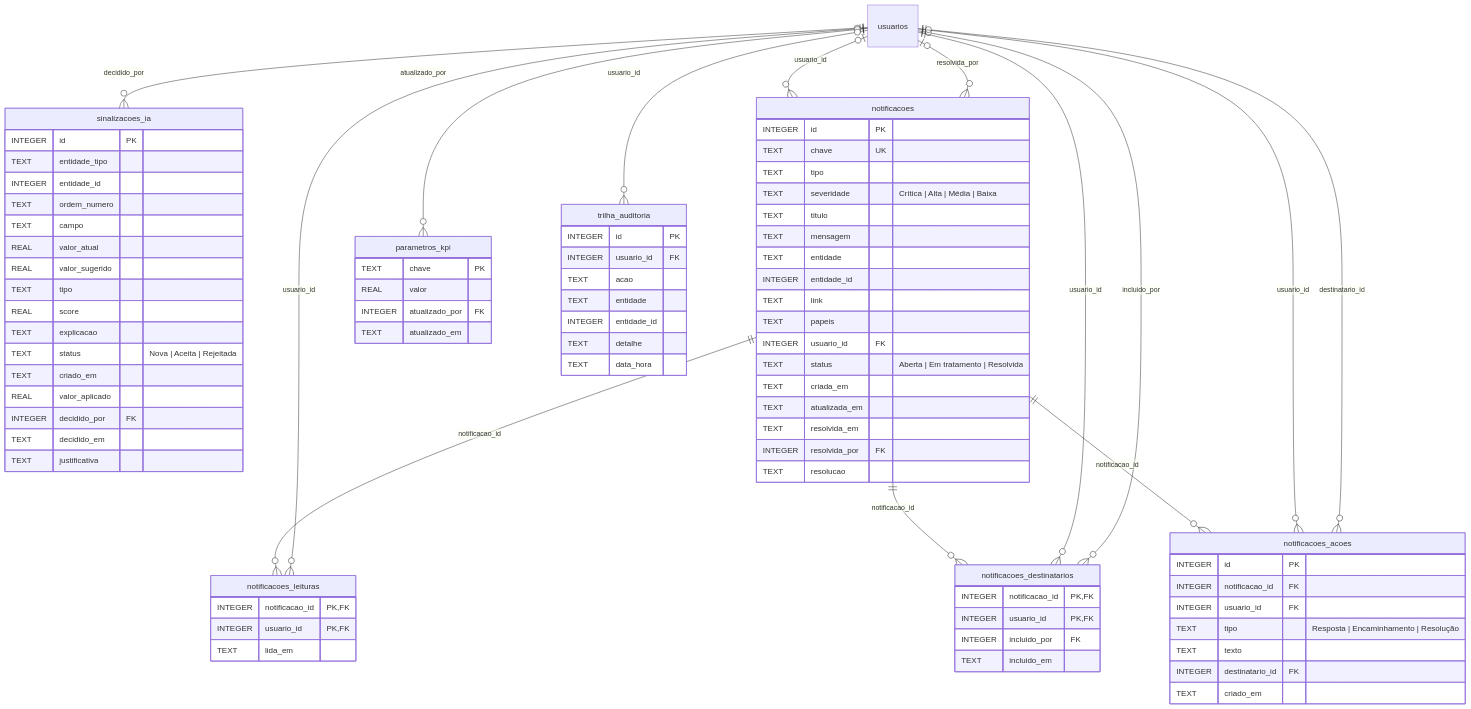
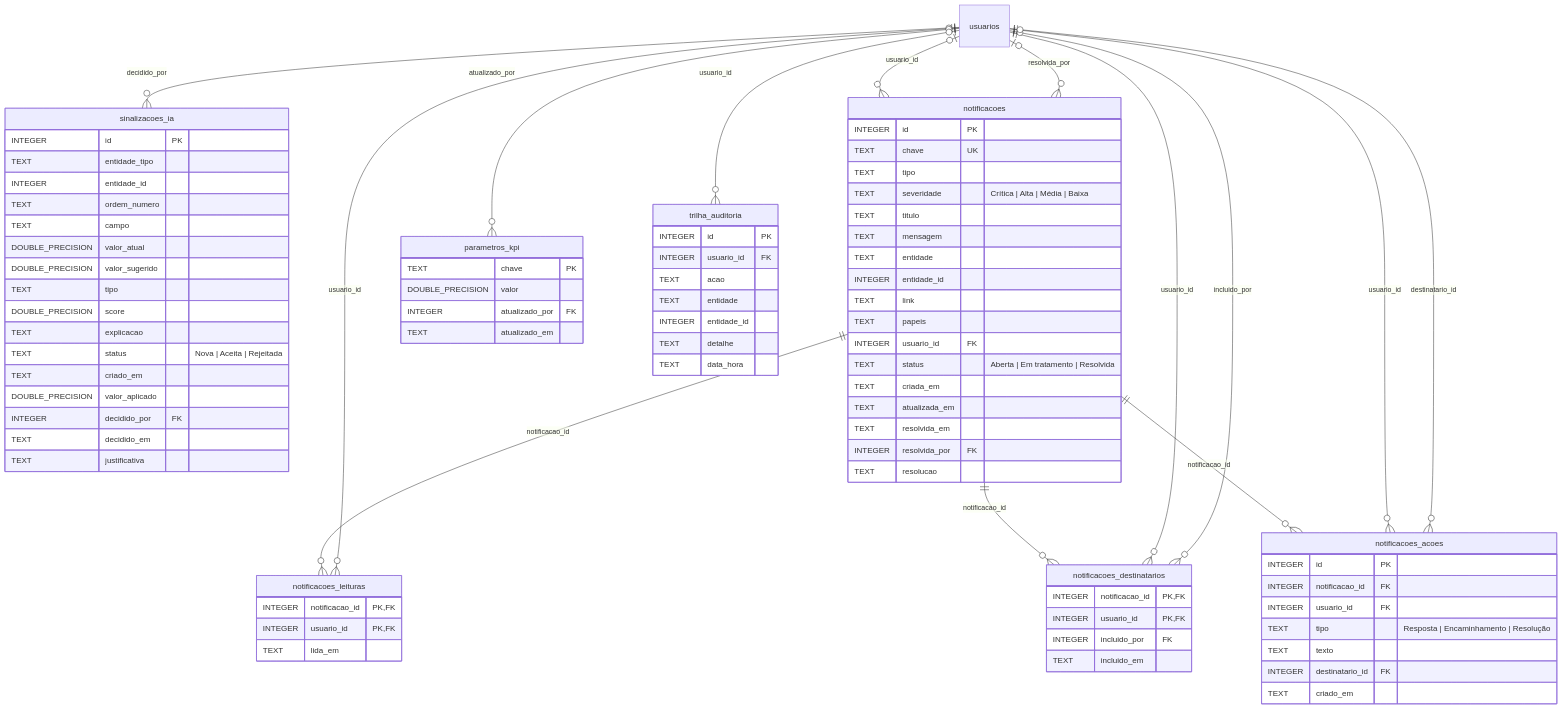
Before and after one commit to stephanyserri-senai/sigma-ccm-v3: the seventh of 8 diagrams in docs/banco-de-dados.md, drawn with Mermaid. The commit also changed other lines of this file and 105 other files, not shown here.

````diff
--- a/docs/banco-de-dados.md
+++ b/docs/banco-de-dados.md
@@ -989,14 +993,14 @@
     INTEGER entidade_id
     TEXT ordem_numero
     TEXT campo
-    REAL valor_atual
-    REAL valor_sugerido
+    DOUBLE_PRECISION valor_atual
+    DOUBLE_PRECISION valor_sugerido
     TEXT tipo
-    REAL score
+    DOUBLE_PRECISION score
     TEXT explicacao
     TEXT status "Nova | Aceita | Rejeitada"
     TEXT criado_em
-    REAL valor_aplicado
+    DOUBLE_PRECISION valor_aplicado
     INTEGER decidido_por FK
     TEXT decidido_em
     TEXT justificativa
@@ -1042,7 +1046,7 @@
   }
   parametros_kpi {
     TEXT chave PK
-    REAL valor
+    DOUBLE_PRECISION valor
     INTEGER atualizado_por FK
     TEXT atualizado_em
   }
@@ -1056,16 +1060,16 @@
     TEXT data_hora
   }
   usuarios o|--o{ sinalizacoes_ia : "decidido_por"
+  usuarios o|--o{ notificacoes : "usuario_id"
   usuarios o|--o{ notificacoes : "resolvida_por"
-  usuarios o|--o{ notificacoes : "usuario_id"
+  notificacoes ||--o{ notificacoes_leituras : "notificacao_id"
   usuarios ||--o{ notificacoes_leituras : "usuario_id"
-  notificacoes ||--o{ notificacoes_leituras : "notificacao_id"
+  notificacoes ||--o{ notificacoes_destinatarios : "notificacao_id"
+  usuarios ||--o{ notificacoes_destinatarios : "usuario_id"
   usuarios o|--o{ notificacoes_destinatarios : "incluido_por"
-  usuarios ||--o{ notificacoes_destinatarios : "usuario_id"
-  notificacoes ||--o{ notificacoes_destinatarios : "notificacao_id"
+  notificacoes ||--o{ notificacoes_acoes : "notificacao_id"
+  usuarios ||--o{ notificacoes_acoes : "usuario_id"
   usuarios o|--o{ notificacoes_acoes : "destinatario_id"
-  usuarios ||--o{ notificacoes_acoes : "usuario_id"
-  notificacoes ||--o{ notificacoes_acoes : "notificacao_id"
   usuarios o|--o{ parametros_kpi : "atualizado_por"
   usuarios o|--o{ trilha_auditoria : "usuario_id"
 ```
````
